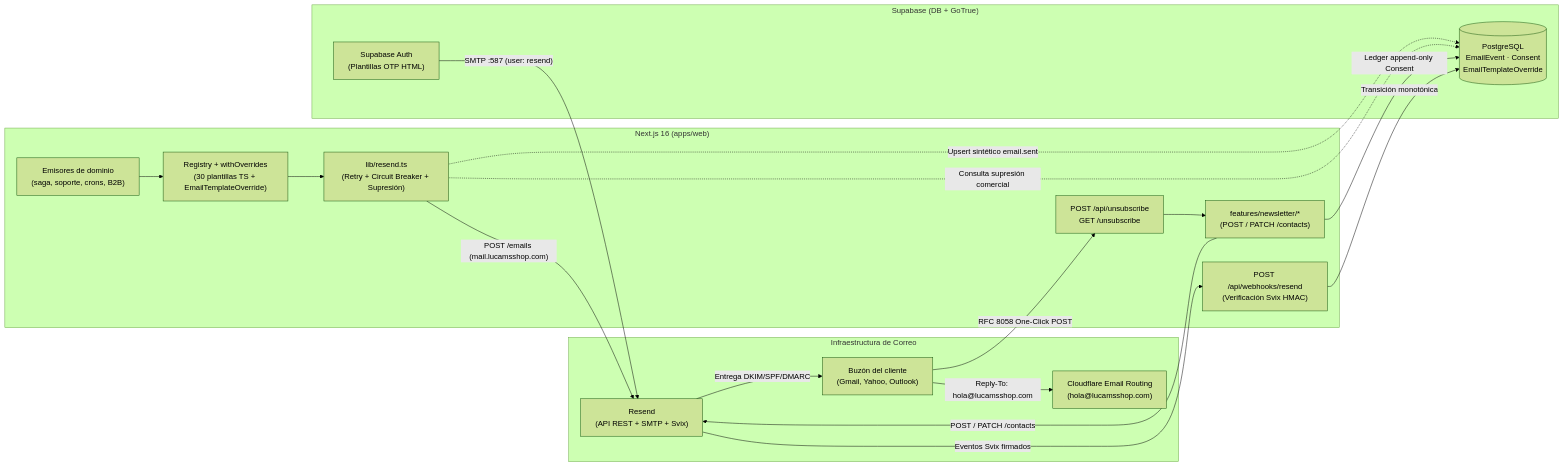
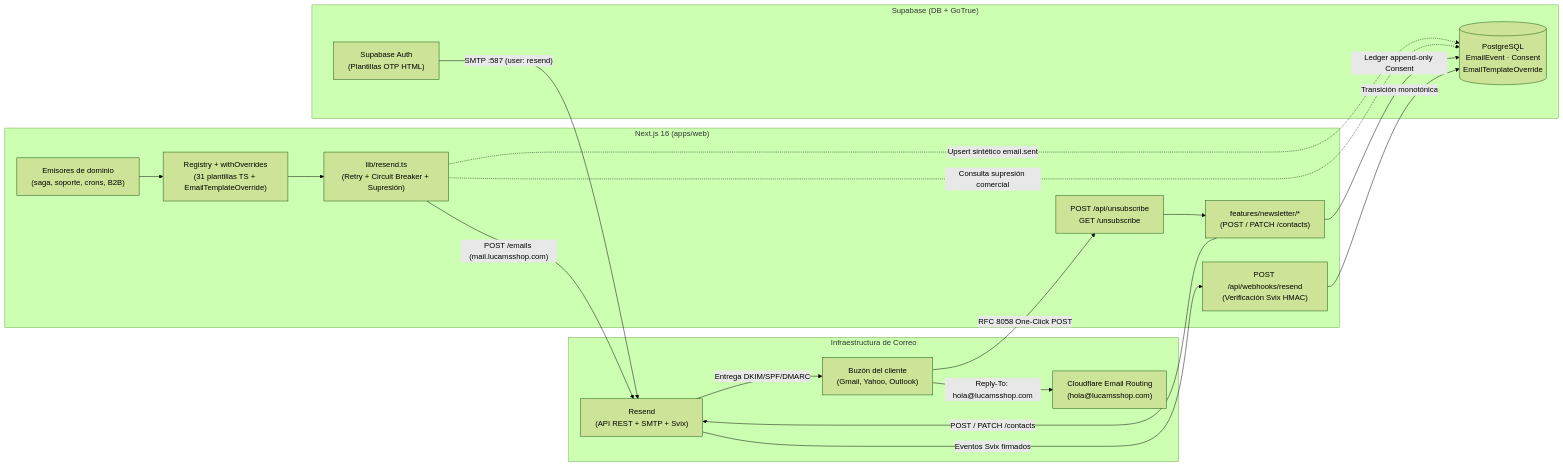
One commit to jullieth93/lucams changed the first of 2 diagrams in docs/integrations/resend-and-emails.md. Above: the diagram before and after it, drawn with Mermaid (forest theme). The commit also changed other lines of this file and 28 other files, not shown here.

````diff
--- a/docs/integrations/resend-and-emails.md
+++ b/docs/integrations/resend-and-emails.md
@@ -15,36 +15,36 @@
 ```mermaid
 flowchart LR
   subgraph App["Next.js 16 (apps/web)"]
     Senders["Emisores de dominio\n(saga, soporte, crons, B2B)"]
-    Registry["Registry + withOverrides\n(30 plantillas TS + EmailTemplateOverride)"]
+    Registry["Registry + withOverrides\n(31 plantillas TS + EmailTemplateOverride)"]
     Client["lib/resend.ts\n(Retry + Circuit Breaker + Supresión)"]
     Contacts["features/newsletter/*\n(POST / PATCH /contacts)"]
     Webhook["POST /api/webhooks/resend\n(Verificación Svix HMAC)"]
     Unsub["POST /api/unsubscribe\nGET /unsubscribe"]
   end
 
   subgraph Supabase["Supabase (DB + GoTrue)"]
     GoTrue["Supabase Auth\n(Plantillas OTP HTML)"]
     DB[("PostgreSQL\nEmailEvent · Consent\nEmailTemplateOverride")]
   end
 
   subgraph External["Infraestructura de Correo"]
     Resend["Resend\n(API REST + SMTP + Svix)"]
     CF["Cloudflare Email Routing\n(hola@lucamsshop.com)"]
     Inbox["Buzón del cliente\n(Gmail, Yahoo, Outlook)"]
   end
 
   Senders --> Registry --> Client
   Client -->|"POST /emails (mail.lucamsshop.com)"| Resend
   Client -.->|"Upsert sintético email.sent"| DB
   Client -.->|"Consulta supresión comercial"| DB
   Contacts -->|"POST / PATCH /contacts"| Resend
   Contacts -->|"Ledger append-only Consent"| DB
   GoTrue -->|"SMTP :587 (user: resend)"| Resend
   Resend -->|"Entrega DKIM/SPF/DMARC"| Inbox
   Resend -->|"Eventos Svix firmados"| Webhook
   Webhook -->|"Transición monotónica"| DB
   Inbox -->|"Reply-To: hola@lucamsshop.com"| CF
   Inbox -->|"RFC 8058 One-Click POST"| Unsub
   Unsub --> Contacts
 ```
````
